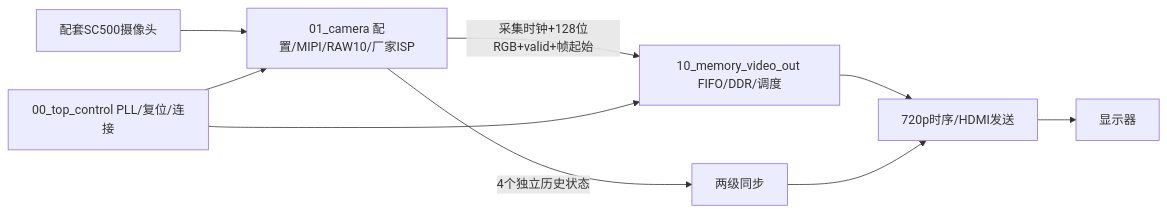
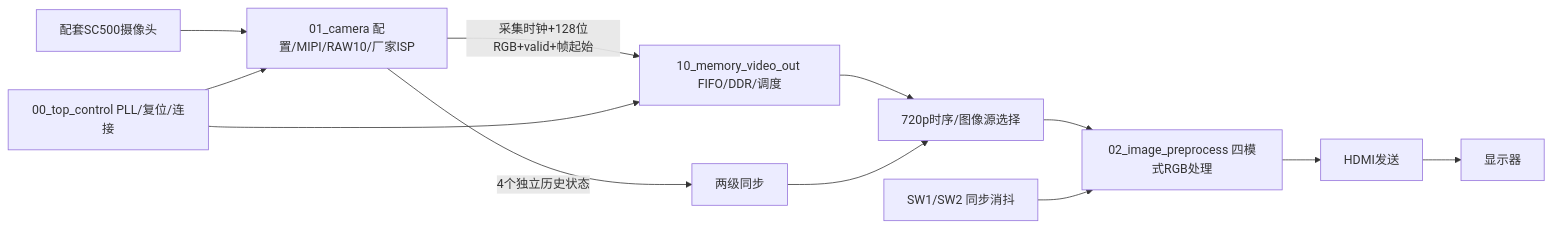
One commit to m1r0c0666jeremy-hue/FPGA_47299 changed the diagram in docs/架构与接口.md. Above: the diagram before and after it, drawn with Mermaid. The commit also changed other lines of this file and 39 other files, not shown here.

Commit message:
10_3 新增拨动开关四模式图像处理并整合顶层

````diff
--- a/docs/架构与接口.md
+++ b/docs/架构与接口.md
@@ -3,11 +3,14 @@
 ```mermaid
 flowchart LR
   C[配套SC500摄像头] --> A[01_camera 配置/MIPI/RAW10/厂家ISP]
   A -->|采集时钟+128位RGB+valid+帧起始| B[10_memory_video_out FIFO/DDR/调度]
-  B --> D[720p时序/HDMI发送]
-  D --> M[显示器]
+  B --> D[720p时序/图像源选择]
+  D --> P[02_image_preprocess 四模式RGB处理]
+  P --> H[HDMI发送]
+  H --> M[显示器]
   T[00_top_control PLL/复位/连接] --> A
   T --> B
+  W[SW1/SW2 同步消抖] --> P
   A -->|4个独立历史状态| S[两级同步]
   S --> D
 ```
````
